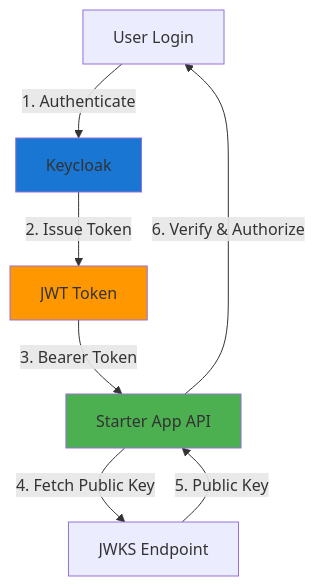
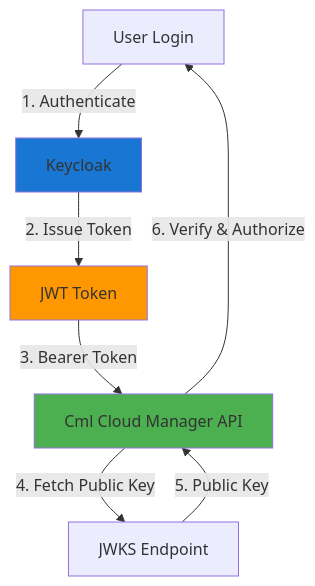
One commit to bvandewe/CML-Cloud-Manager changed the third of 5 diagrams in docs/security/authorization.md. Above: the diagram before and after it, drawn with Mermaid. The commit also changed other lines of this file and 80 other files, not shown here.

````diff
--- a/docs/security/authorization.md
+++ b/docs/security/authorization.md
@@ -454,19 +454,19 @@
 ```mermaid
 graph TB
     User[User Login]
     KC[Keycloak]
     Token[JWT Token]
-    API[Starter App API]
+    API[Cml Cloud Manager API]
     JWKS[JWKS Endpoint]
 
     User -->|1. Authenticate| KC
     KC -->|2. Issue Token| Token
     Token -->|3. Bearer Token| API
     API -->|4. Fetch Public Key| JWKS
     JWKS -->|5. Public Key| API
     API -->|6. Verify & Authorize| User
 
     style KC fill:#1976d2
     style API fill:#4CAF50
     style Token fill:#FF9800
 ```
````
